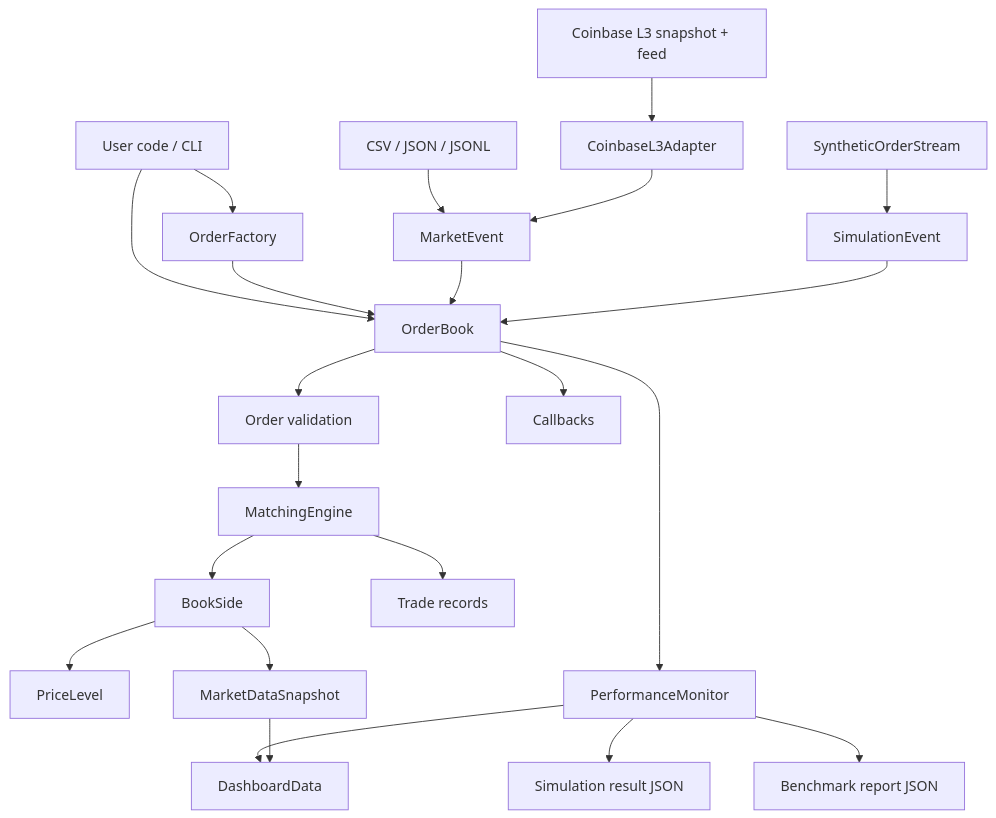
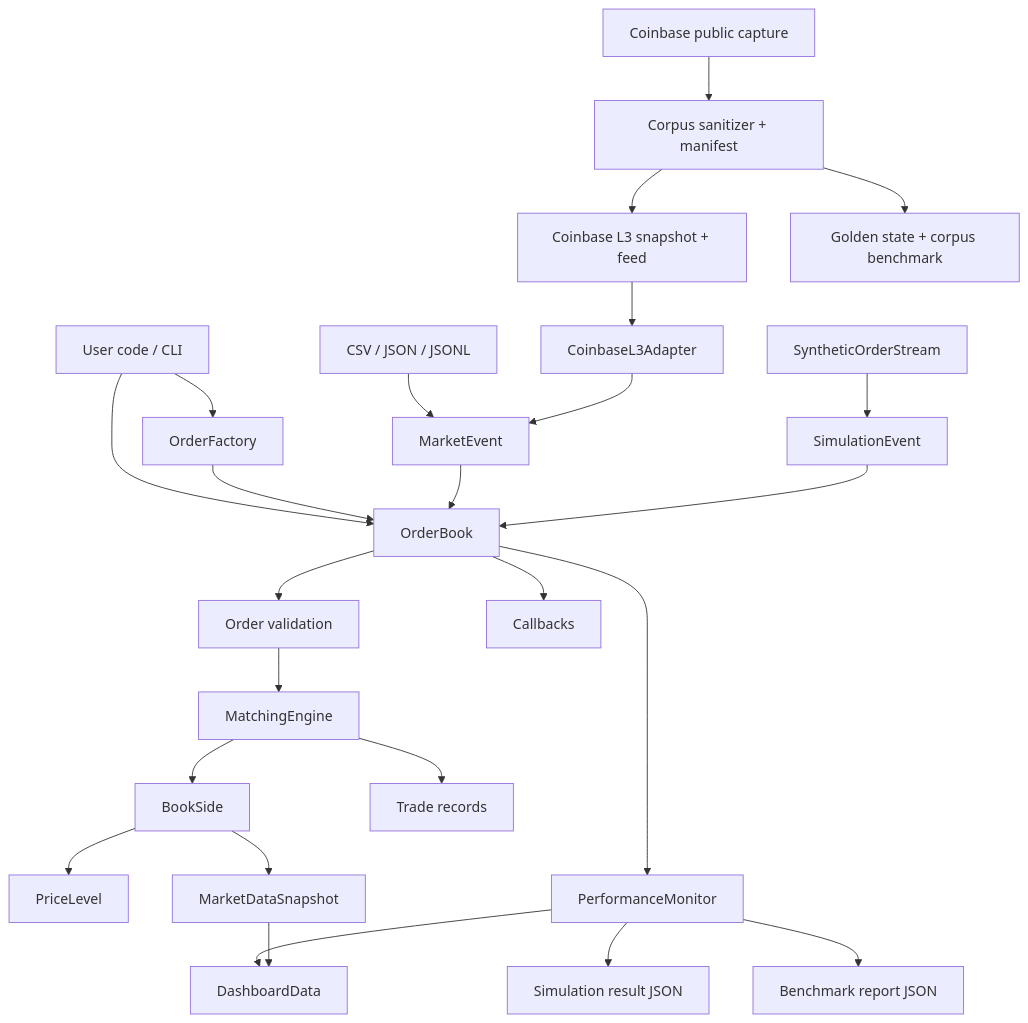
The first of 2 diagrams in docs/architecture.md (Taz33m/tracebook), drawn with Mermaid before and after one commit. The commit also changed other lines of this file and 34 other files, not shown here.

Commit message:
feat: add verified Coinbase corpus workflow

````diff
--- a/docs/architecture.md
+++ b/docs/architecture.md
@@ -7,24 +7,27 @@
 ```mermaid
 flowchart TD
     A["User code / CLI"] --> B["OrderFactory"]
     A --> C["OrderBook"]
     B --> C
     C --> D["Order validation"]
     D --> E["MatchingEngine"]
     E --> F["BookSide"]
     F --> G["PriceLevel"]
     E --> H["Trade records"]
     F --> I["MarketDataSnapshot"]
     J["SyntheticOrderStream"] --> K["SimulationEvent"]
     Q["CSV / JSON / JSONL"] --> R["MarketEvent"]
     S["Coinbase L3 snapshot + feed"] --> T["CoinbaseL3Adapter"]
+    U["Coinbase public capture"] --> V["Corpus sanitizer + manifest"]
+    V --> S
+    V --> W["Golden state + corpus benchmark"]
     T --> R
     R --> C
     K --> C
     C --> L["Callbacks"]
     C --> M["PerformanceMonitor"]
     M --> N["Simulation result JSON"]
     M --> O["Benchmark report JSON"]
     M --> P["DashboardData"]
     I --> P
 ```
````
